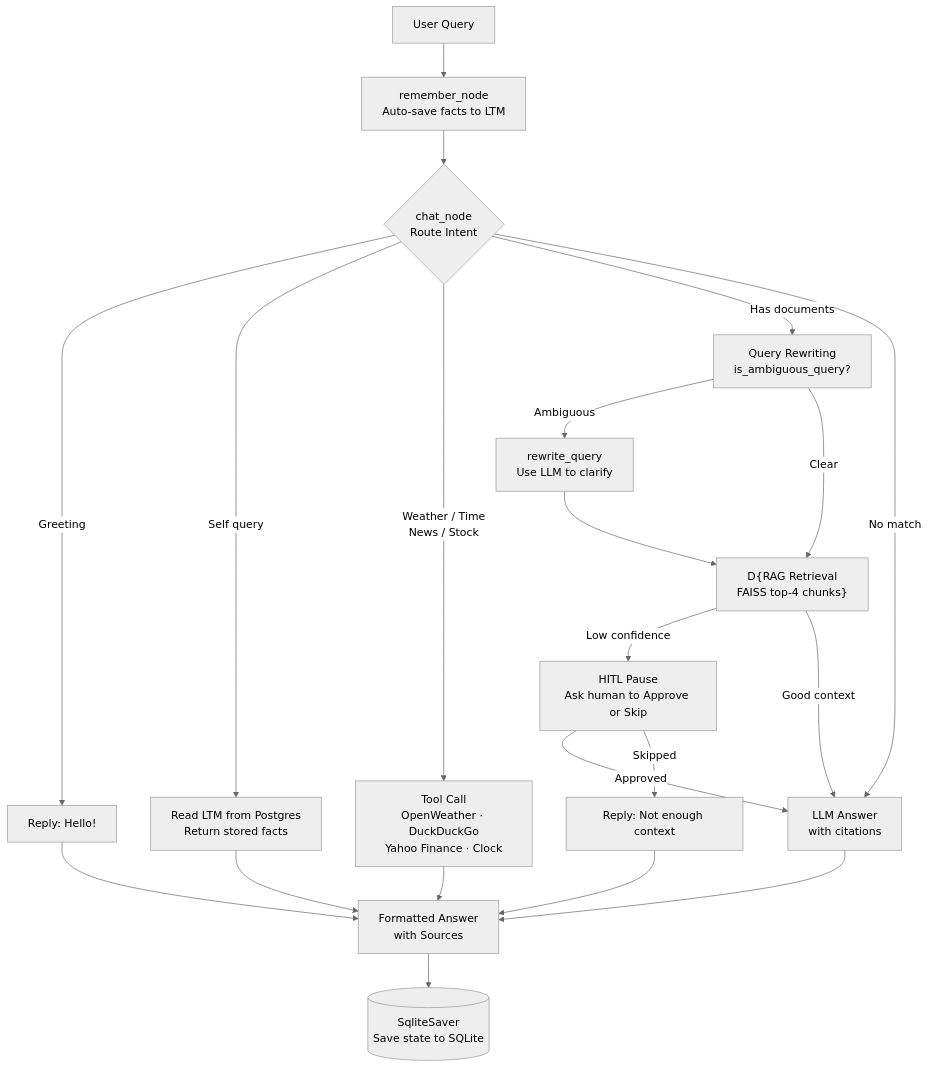
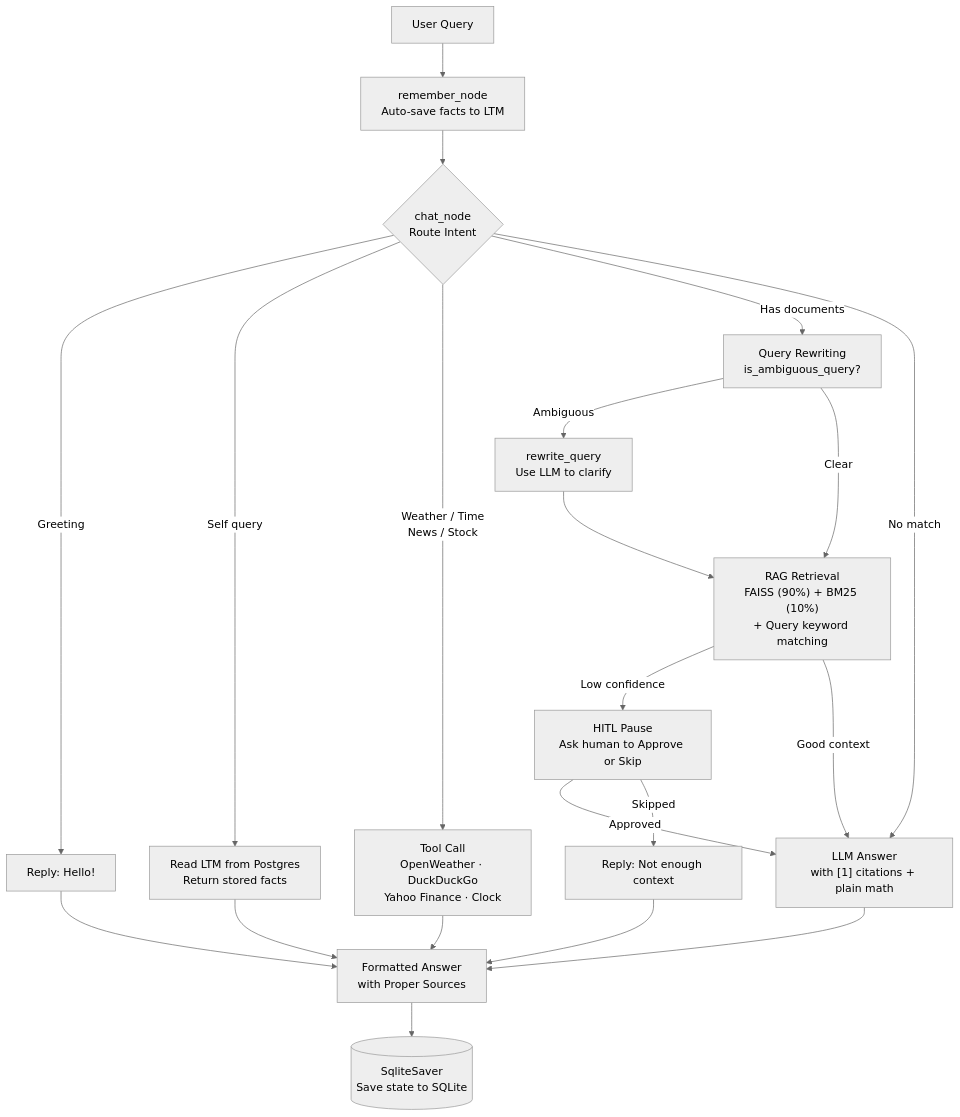
Before and after one commit to P-Saroha/SafeAI-Agent: the diagram in README.md, drawn with Mermaid (neutral theme). The commit also changed other lines of this file, not shown here.

Commit message:
tools calling sequence is improved

````diff
--- a/README.md
+++ b/README.md
@@ -395,28 +418,28 @@
 ```mermaid
 flowchart TD
     U[User Query] --> R[remember_node<br/>Auto-save facts to LTM]
     R --> C{chat_node<br/>Route Intent}
 
     C -->|Greeting| G["Reply: Hello!"]
     C -->|Self query| M["Read LTM from Postgres<br/>Return stored facts"]
     C -->|Weather / Time<br/>News / Stock| T["Tool Call<br/>OpenWeather · DuckDuckGo<br/>Yahoo Finance · Clock"]
     C -->|Has documents| QR["Query Rewriting<br/>is_ambiguous_query?"]
 
     QR -->|Ambiguous| RW["rewrite_query<br/>Use LLM to clarify"]
-    QR -->|Clear| D["D{RAG Retrieval<br/>FAISS top-4 chunks}"]
+    QR -->|Clear| D["RAG Retrieval<br/>FAISS (90%) + BM25 (10%)<br/>+ Query keyword matching"]
     RW --> D
 
     D -->|Low confidence| H["HITL Pause<br/>Ask human to Approve or Skip"]
-    H -->|Approved| L["LLM Answer<br/>with citations"]
+    H -->|Approved| L["LLM Answer<br/>with [1] citations + plain math"]
     H -->|Skipped| S["Reply: Not enough context"]
     D -->|Good context| L
 
     C -->|No match| L
 
-    T --> F["Formatted Answer<br/>with Sources"]
+    T --> F["Formatted Answer<br/>with Proper Sources"]
     L --> F
     G --> F
     M --> F
     S --> F
     F --> DB[("SqliteSaver<br/>Save state to SQLite")]
 ```
````
